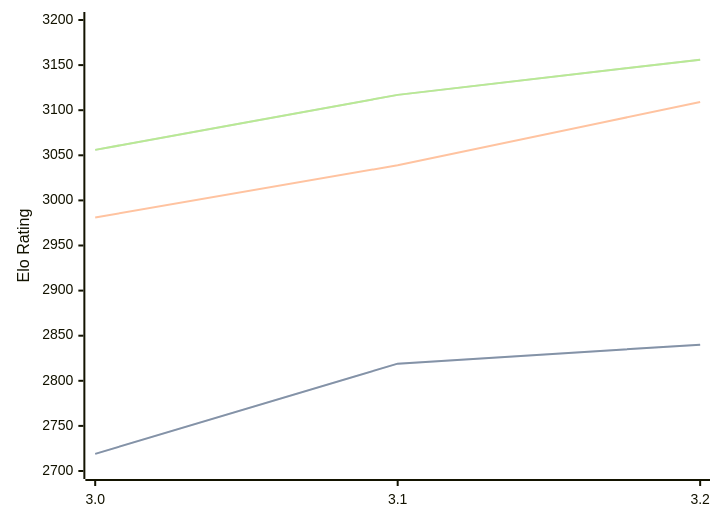
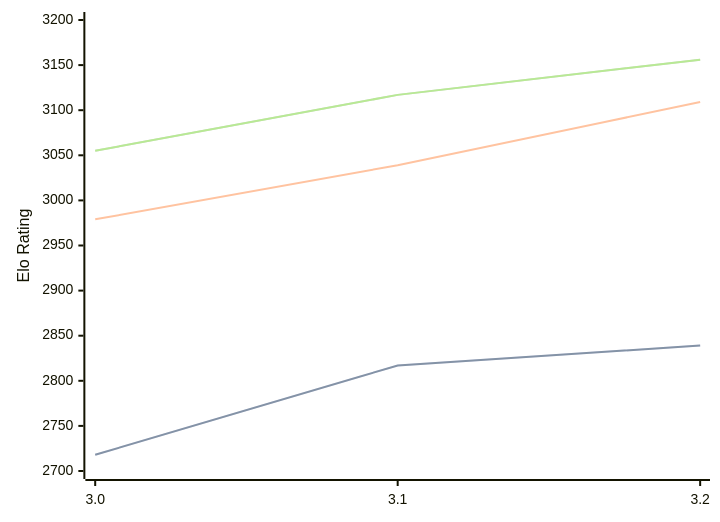
One commit to computer-chess-index/cci changed the first of 3 diagrams in engines/Vajolet2.md. Above: the diagram before and after it, drawn with Mermaid. The commit also changed other lines of this file, not shown here.

Commit message:
Update CCI Ratings (ELO VLTC) - 2026-06-26

````diff
--- a/engines/Vajolet2.md
+++ b/engines/Vajolet2.md
@@ -41,11 +41,11 @@
 ```mermaid
 %%{init: {"theme":"base","themeVariables":{"seriesColors:['#a3a3a3','#222221','#faa371']}}}%%
 xychart-beta
   x-axis ["3.0", "3.1", "3.2"]
   y-axis "Elo Rating" 2700 --> 3200
-  line "STC (8.0+0.08s)" [2719, 2819, 2840]
-  line "STC (8.0+0.08s)" [2719, 2819, 2840]
-  line "LTC (60.0+0.60s)" [2981, 3039, 3109]
-  line "VLTC (2m24s+1.12s)" [3056, 3117, 3156]
-  line "VLTC (2m24s+1.12s)" [3056, 3117, 3156]
+  line "STC (8.0+0.08s)" [2718, 2817, 2839]
+  line "STC (8.0+0.08s)" [2718, 2817, 2839]
+  line "LTC (60.0+0.60s)" [2979, 3039, 3109]
+  line "VLTC (2m24s+1.12s)" [3055, 3117, 3156]
+  line "VLTC (2m24s+1.12s)" [3055, 3117, 3156]
 ```
````
